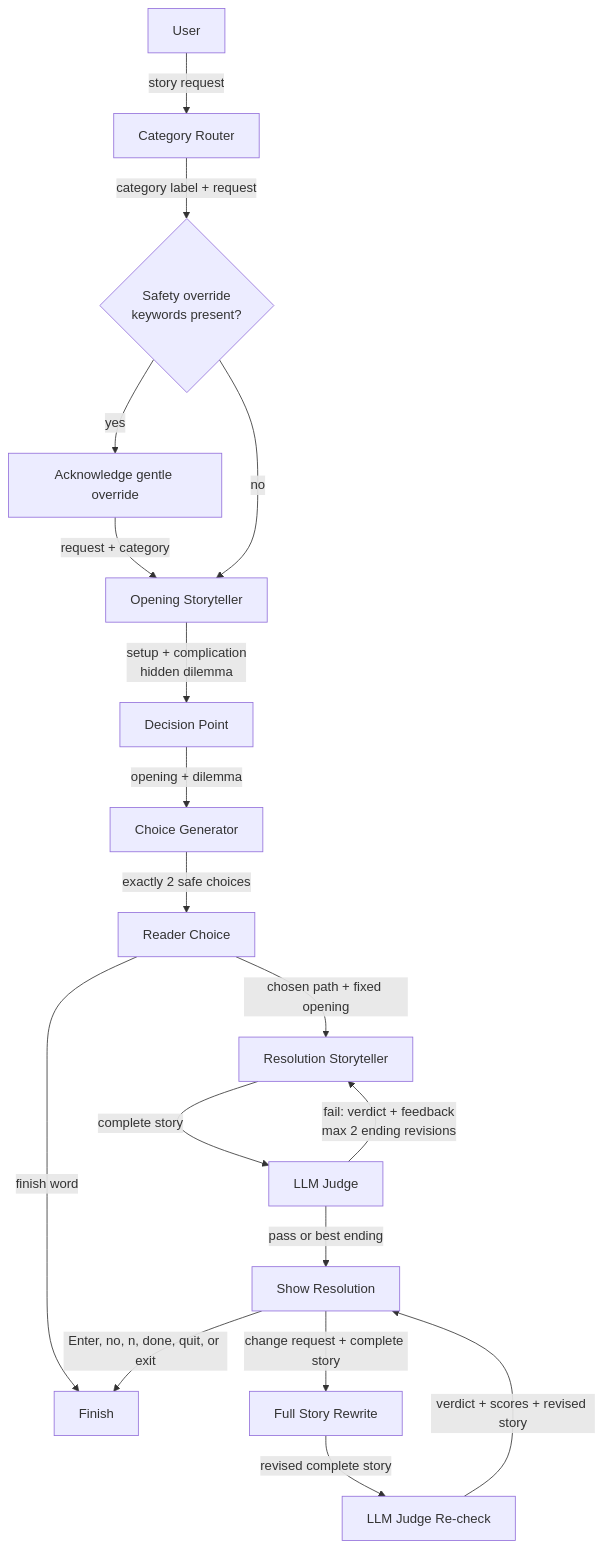
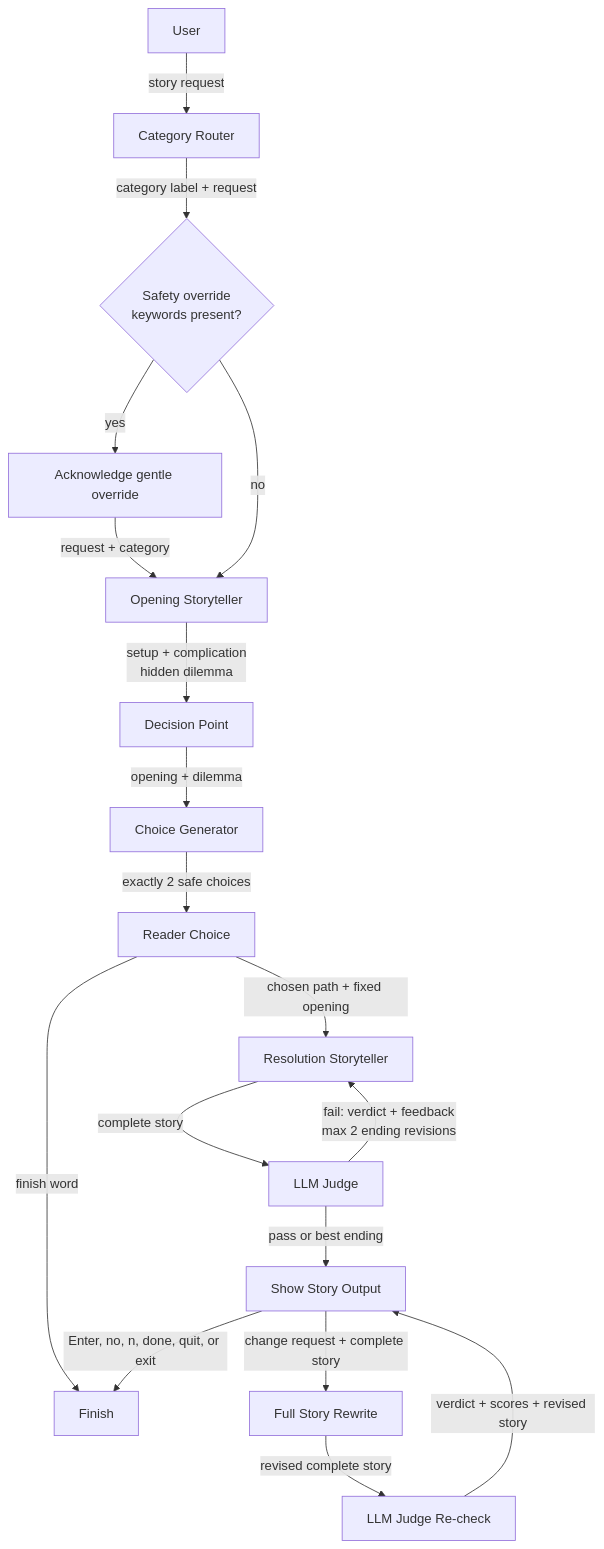
One commit to hrishikeshdeshpande111/hippocratic-ai-assignment changed the diagram in README.md. Above: the diagram before and after it, drawn with Mermaid. The commit also changed other lines of this file, not shown here.

Commit message:
docs: align diagram with simplified flow

````diff
--- a/README.md
+++ b/README.md
@@ -13,20 +13,20 @@
 ```mermaid
 flowchart TD
     U[User] -->|story request| R[Category Router]
     R -->|category label + request| C{Safety override<br/>keywords present?}
     C -->|yes| A[Acknowledge gentle override]
     A -->|request + category| S[Opening Storyteller]
     C -->|no| S
     S -->|setup + complication<br/>hidden dilemma| D[Decision Point]
     D -->|opening + dilemma| G[Choice Generator]
     G -->|exactly 2 safe choices| P[Reader Choice]
     P -->|finish word| E[Finish]
     P -->|chosen path + fixed opening| F[Resolution Storyteller]
     F -->|complete story| J[LLM Judge]
     J -->|fail: verdict + feedback<br/>max 2 ending revisions| F
-    J -->|pass or best ending| O[Show Resolution]
+    J -->|pass or best ending| O[Show Story Output]
     O -->|Enter, no, n, done, quit, or exit| E
     O -->|change request + complete story| S2[Full Story Rewrite]
     S2 -->|revised complete story| J2[LLM Judge Re-check]
     J2 -->|verdict + scores + revised story| O
 ```
````
